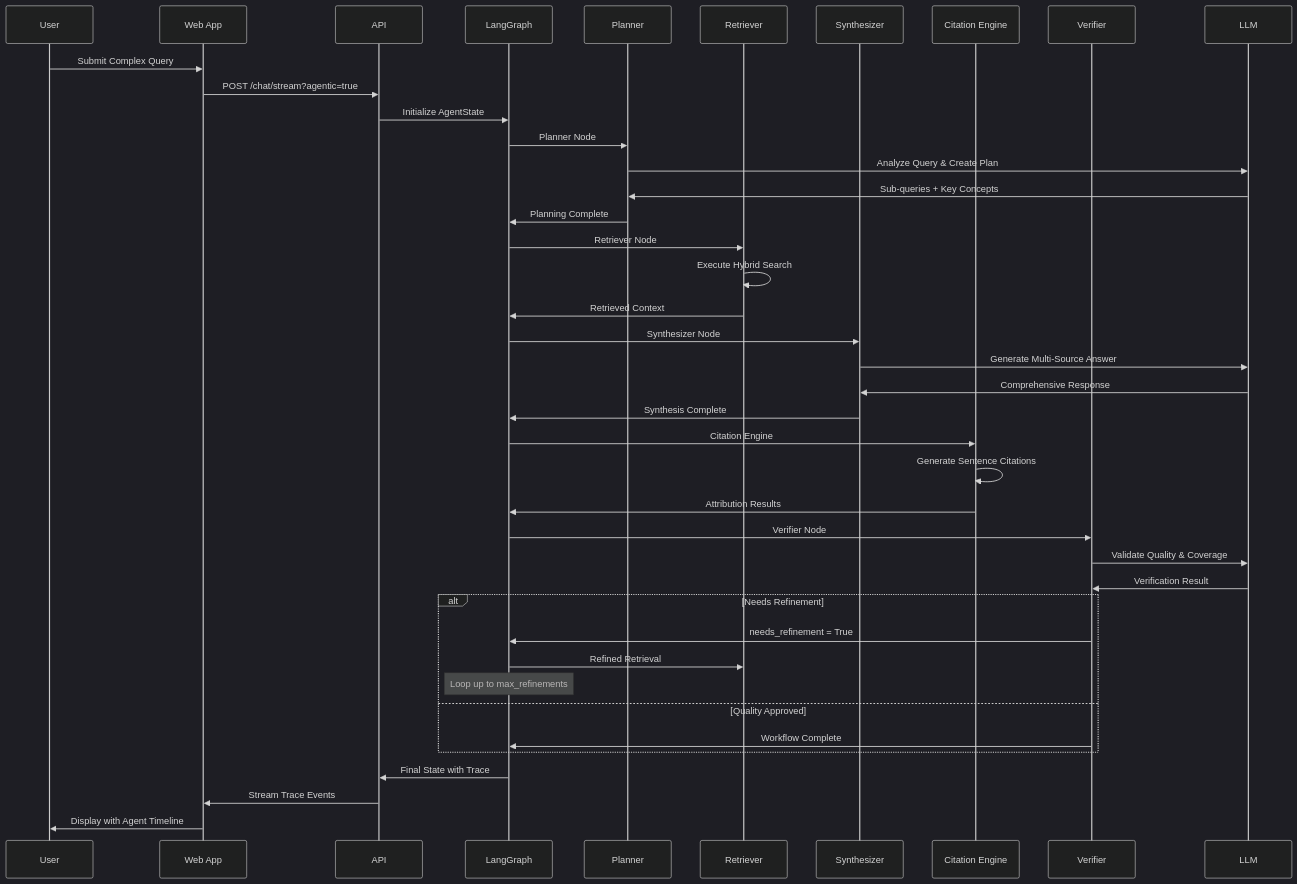
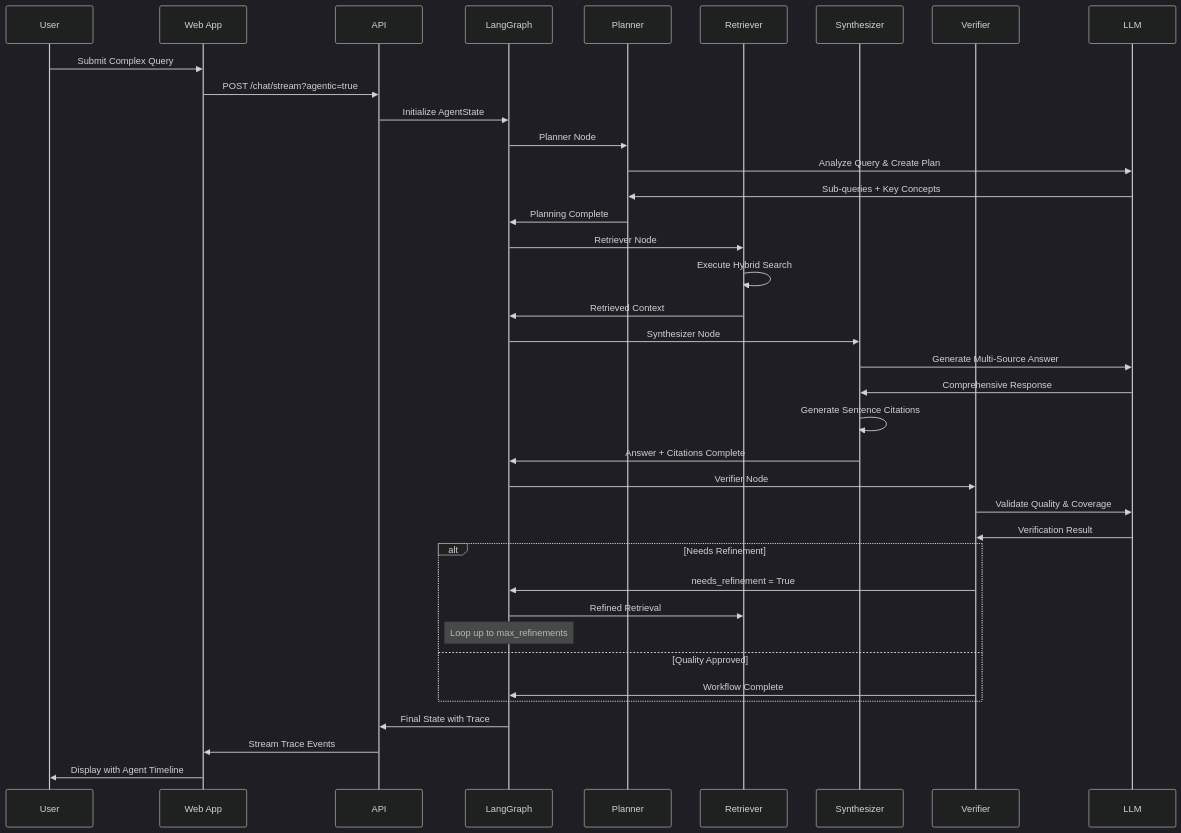
One commit to Marcussy34/maistorage changed the fourth of 4 diagrams in docs/ARCHITECTURE.md. Above: the diagram before and after it, drawn with Mermaid (dark theme).

````diff
--- a/docs/ARCHITECTURE.md
+++ b/docs/ARCHITECTURE.md
@@ -246,51 +246,47 @@
 ```mermaid
 sequenceDiagram
     participant U as User
     participant W as Web App
     participant A as API
     participant G as LangGraph
     participant P as Planner
     participant R as Retriever
     participant S as Synthesizer
-    participant C as Citation Engine
     participant V as Verifier
     participant L as LLM
 
     U->>W: Submit Complex Query
     W->>A: POST /chat/stream?agentic=true
     A->>G: Initialize AgentState
     
     G->>P: Planner Node
     P->>L: Analyze Query & Create Plan
     L->>P: Sub-queries + Key Concepts
     P->>G: Planning Complete
     
     G->>R: Retriever Node  
     R->>R: Execute Hybrid Search
     R->>G: Retrieved Context
     
     G->>S: Synthesizer Node
     S->>L: Generate Multi-Source Answer
     L->>S: Comprehensive Response
-    S->>G: Synthesis Complete
-    
-    G->>C: Citation Engine
-    C->>C: Generate Sentence Citations
-    C->>G: Attribution Results
+    S->>S: Generate Sentence Citations
+    S->>G: Answer + Citations Complete
     
     G->>V: Verifier Node
     V->>L: Validate Quality & Coverage
     L->>V: Verification Result
     
     alt Needs Refinement
         V->>G: needs_refinement = True
         G->>R: Refined Retrieval
         note over G: Loop up to max_refinements
     else Quality Approved
         V->>G: Workflow Complete
     end
     
     G->>A: Final State with Trace
     A->>W: Stream Trace Events
     W->>U: Display with Agent Timeline
 ```
````
